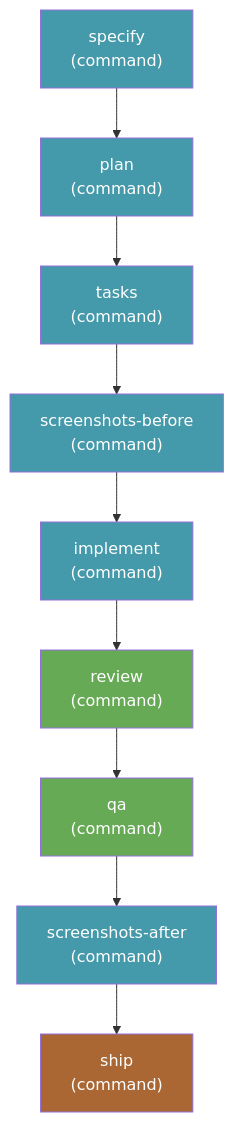
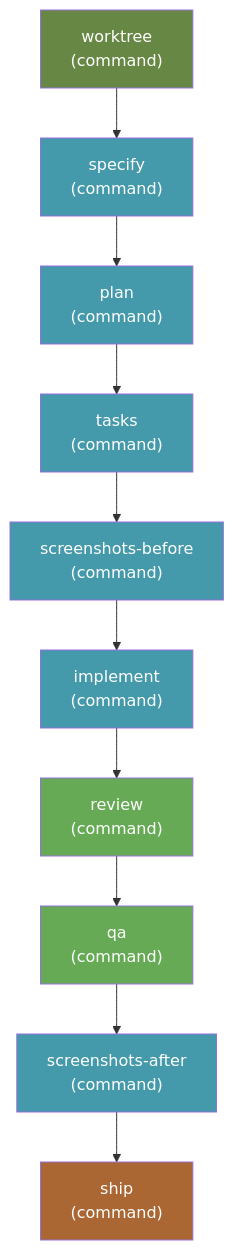
Before and after one commit to clintcparker/speckit-addons: the diagram in workflows/send-it-checked/README.md, drawn with Mermaid. The commit also changed other lines of this file and 16 other files, not shown here.

````diff
--- a/workflows/send-it-checked/README.md
+++ b/workflows/send-it-checked/README.md
@@ -58,21 +71,23 @@
 ```mermaid
 flowchart TB
-    A["specify<br/>(command)"] --> B["plan<br/>(command)"]
+    W["worktree<br/>(command)"] --> A["specify<br/>(command)"]
+    A --> B["plan<br/>(command)"]
     B --> C["tasks<br/>(command)"]
     C --> D["screenshots-before<br/>(command)"]
     D --> E["implement<br/>(command)"]
     E --> F["review<br/>(command)"]
     F --> G["qa<br/>(command)"]
     G --> H["screenshots-after<br/>(command)"]
     H --> I["ship<br/>(command)"]
 
+    style W fill:#684,color:#fff
     style A fill:#49a,color:#fff
     style B fill:#49a,color:#fff
     style C fill:#49a,color:#fff
     style D fill:#49a,color:#fff
     style E fill:#49a,color:#fff
     style F fill:#6a5,color:#fff
     style G fill:#6a5,color:#fff
     style H fill:#49a,color:#fff
     style I fill:#a63,color:#fff
 ```
````
